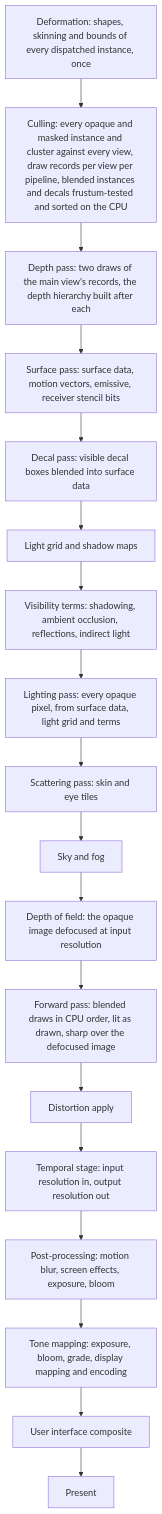
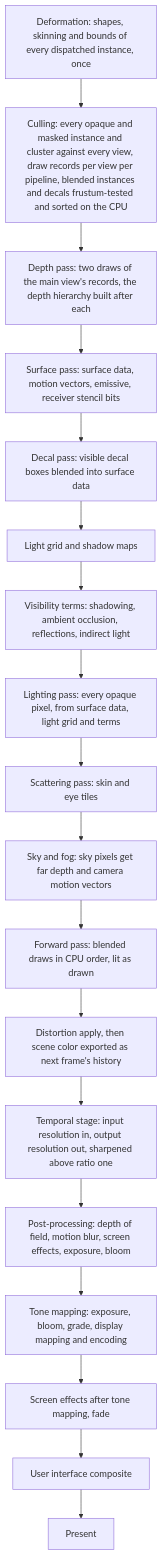
Before and after one commit to plainsight-systems/bullet-witch: the second of 3 diagrams in docs/architecture/scene-renderer.md, drawn with Mermaid. The commit also changed other lines of this file and 13 other files, not shown here.

````diff
--- a/docs/architecture/scene-renderer.md
+++ b/docs/architecture/scene-renderer.md
@@ -84,20 +93,20 @@
 ```mermaid
 flowchart TD
     DF["Deformation: shapes, skinning and bounds of every dispatched instance, once"] --> CU["Culling: every opaque and masked instance and cluster against every view, draw records per view per pipeline, blended instances and decals frustum-tested and sorted on the CPU"]
     CU --> DP["Depth pass: two draws of the main view's records, the depth hierarchy built after each"]
     DP --> SP["Surface pass: surface data, motion vectors, emissive, receiver stencil bits"]
     SP --> DC["Decal pass: visible decal boxes blended into surface data"]
     DC --> LG["Light grid and shadow maps"]
     LG --> VT["Visibility terms: shadowing, ambient occlusion, reflections, indirect light"]
     VT --> LP["Lighting pass: every opaque pixel, from surface data, light grid and terms"]
     LP --> SS["Scattering pass: skin and eye tiles"]
-    SS --> SF["Sky and fog"]
-    SF --> DF2["Depth of field: the opaque image defocused at input resolution"]
-    DF2 --> FP["Forward pass: blended draws in CPU order, lit as drawn, sharp over the defocused image"]
-    FP --> DA["Distortion apply"]
-    DA --> TS["Temporal stage: input resolution in, output resolution out"]
-    TS --> PP["Post-processing: motion blur, screen effects, exposure, bloom"]
+    SS --> SF["Sky and fog: sky pixels get far depth and camera motion vectors"]
+    SF --> FP["Forward pass: blended draws in CPU order, lit as drawn"]
+    FP --> DA["Distortion apply, then scene color exported as next frame's history"]
+    DA --> TS["Temporal stage: input resolution in, output resolution out, sharpened above ratio one"]
+    TS --> PP["Post-processing: depth of field, motion blur, screen effects, exposure, bloom"]
     PP --> TM["Tone mapping: exposure, bloom, grade, display mapping and encoding"]
-    TM --> UI["User interface composite"]
+    TM --> E2["Screen effects after tone mapping, fade"]
+    E2 --> UI["User interface composite"]
     UI --> PR["Present"]
 ```
````
